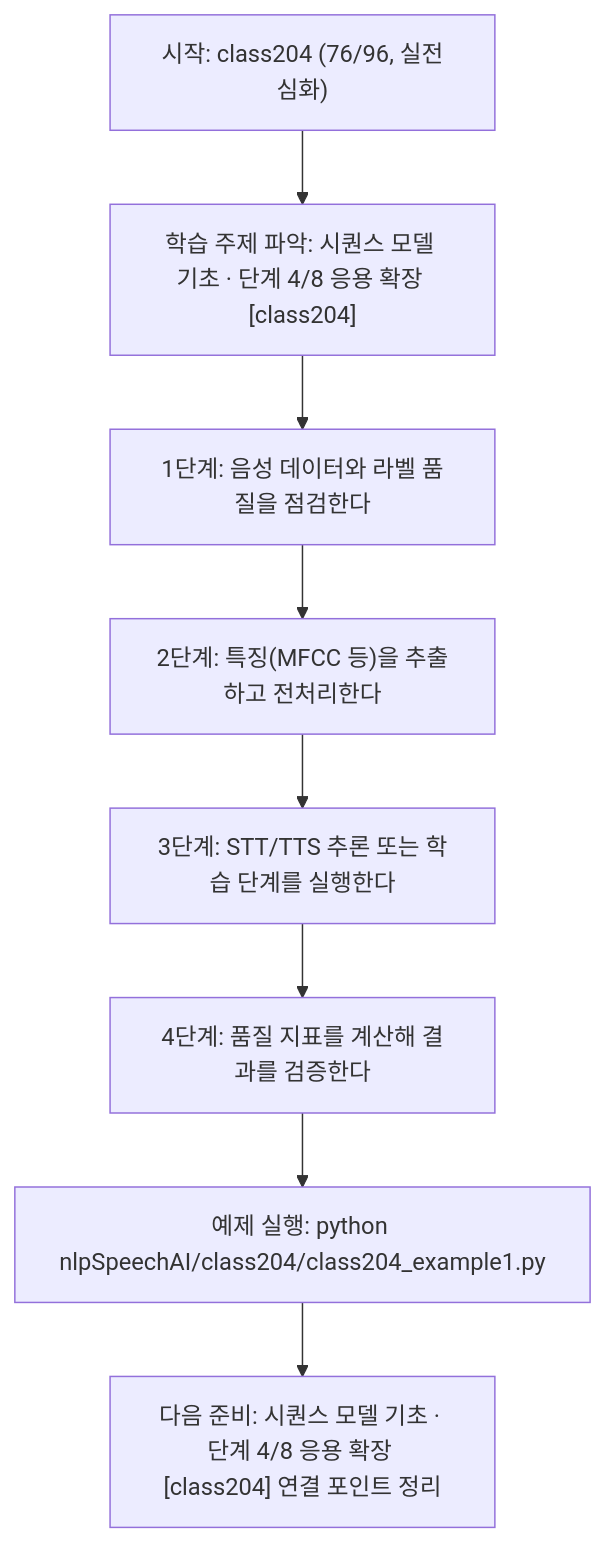
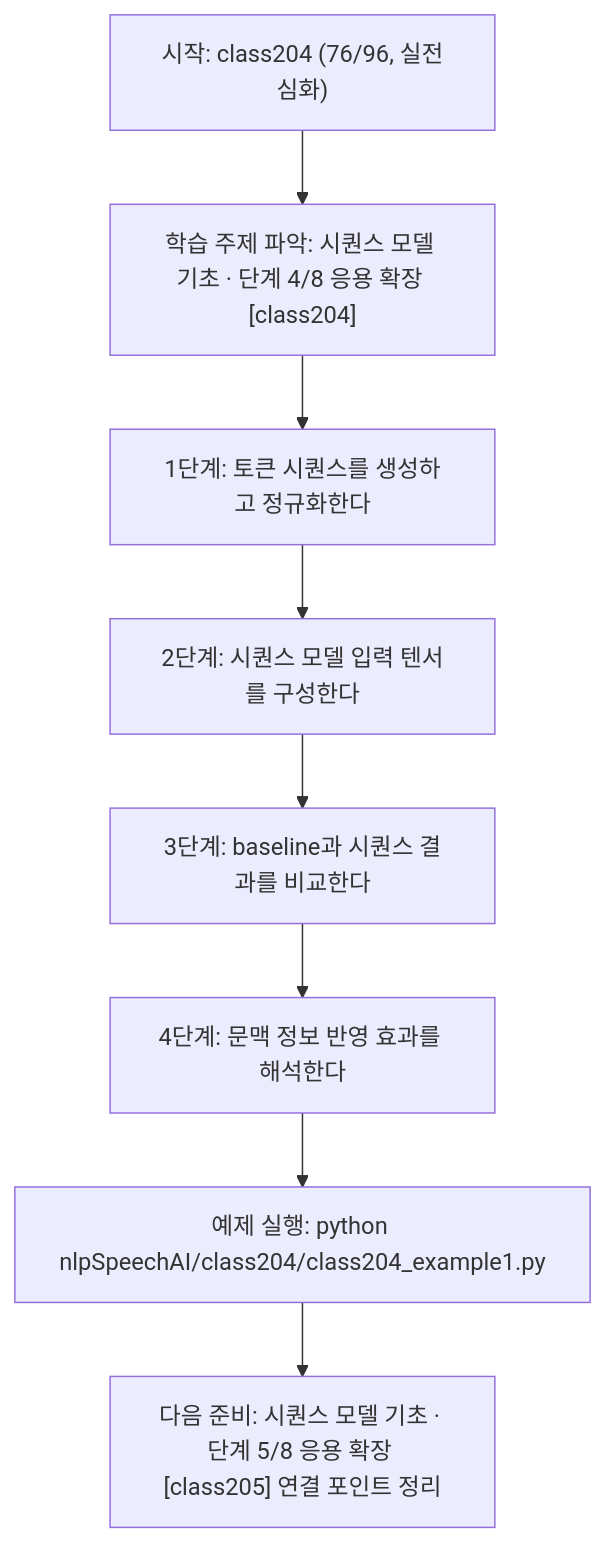
One commit to edumgt/Python-AI_Agent-Class changed the diagram in nlpSpeechAI/class204/class204.md. Above: the diagram before and after it, drawn with Mermaid. The commit also changed other lines of this file and 1122 other files, not shown here.

````diff
--- a/nlpSpeechAI/class204/class204.md
+++ b/nlpSpeechAI/class204/class204.md
@@ -114,18 +95,18 @@
 ```mermaid
 flowchart TD
 N1["시작: class204 (76/96, 실전심화)"]
 N2["학습 주제 파악: 시퀀스 모델 기초 · 단계 4/8 응용 확장 [class204]"]
-N3["1단계: 음성 데이터와 라벨 품질을 점검한다"]
-N4["2단계: 특징(MFCC 등)을 추출하고 전처리한다"]
-N5["3단계: STT/TTS 추론 또는 학습 단계를 실행한다"]
-N6["4단계: 품질 지표를 계산해 결과를 검증한다"]
+N3["1단계: 토큰 시퀀스를 생성하고 정규화한다"]
+N4["2단계: 시퀀스 모델 입력 텐서를 구성한다"]
+N5["3단계: baseline과 시퀀스 결과를 비교한다"]
+N6["4단계: 문맥 정보 반영 효과를 해석한다"]
 N7["예제 실행: python nlpSpeechAI/class204/class204_example1.py"]
-N8["다음 준비: 시퀀스 모델 기초 · 단계 4/8 응용 확장 [class204] 연결 포인트 정리"]
+N8["다음 준비: 시퀀스 모델 기초 · 단계 5/8 응용 확장 [class205] 연결 포인트 정리"]
 N1 --> N2
 N2 --> N3
 N3 --> N4
 N4 --> N5
 N5 --> N6
 N6 --> N7
 N7 --> N8
 ```
````
